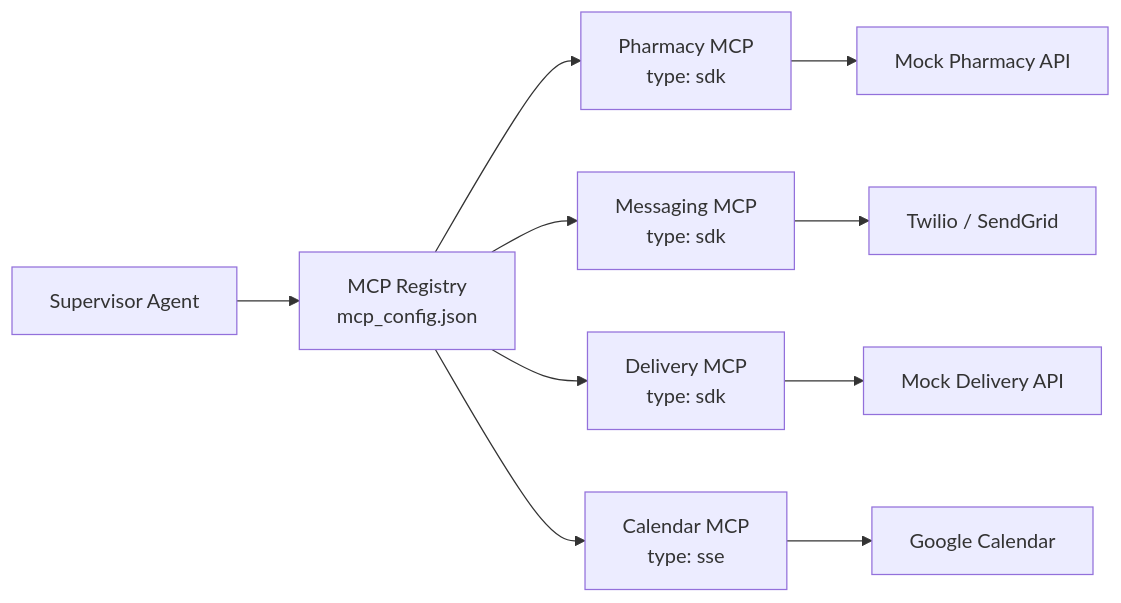
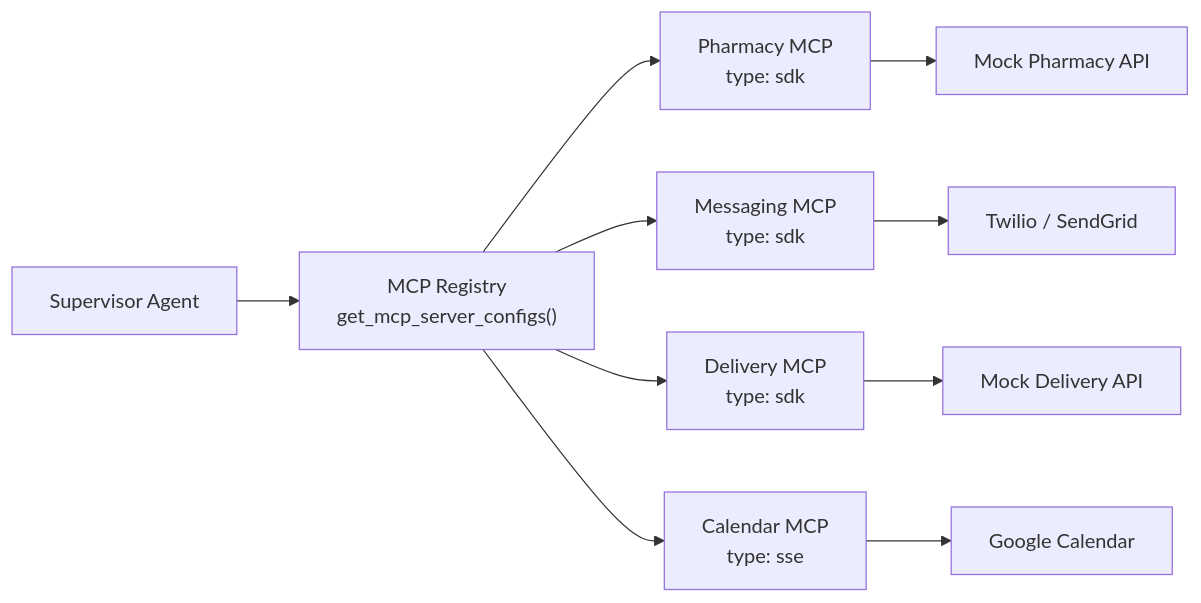
Before and after one commit to infamous-rebel/CareBridge: the second of 8 diagrams in .qoder/repowiki/en/content/Architecture Overview/MCP Integration Layer.md, drawn with Mermaid. The commit also changed other lines of this file and 12 other files, not shown here.

````diff
--- a/.qoder/repowiki/en/content/Architecture Overview/MCP Integration Layer.md
+++ b/.qoder/repowiki/en/content/Architecture Overview/MCP Integration Layer.md
@@ -104,12 +115,12 @@
 ```mermaid
 flowchart LR
-SUP["Supervisor Agent"] --> REG["MCP Registry<br/>mcp_config.json"]
+SUP["Supervisor Agent"] --> REG["MCP Registry<br/>get_mcp_server_configs()"]
 REG --> P["Pharmacy MCP<br/>type: sdk"]
 REG --> M["Messaging MCP<br/>type: sdk"]
 REG --> D["Delivery MCP<br/>type: sdk"]
 REG --> C["Calendar MCP<br/>type: sse"]
 P --> RX["Mock Pharmacy API"]
 M --> TW["Twilio / SendGrid"]
 D --> DL["Mock Delivery API"]
 C --> GC["Google Calendar"]
 ```
````
